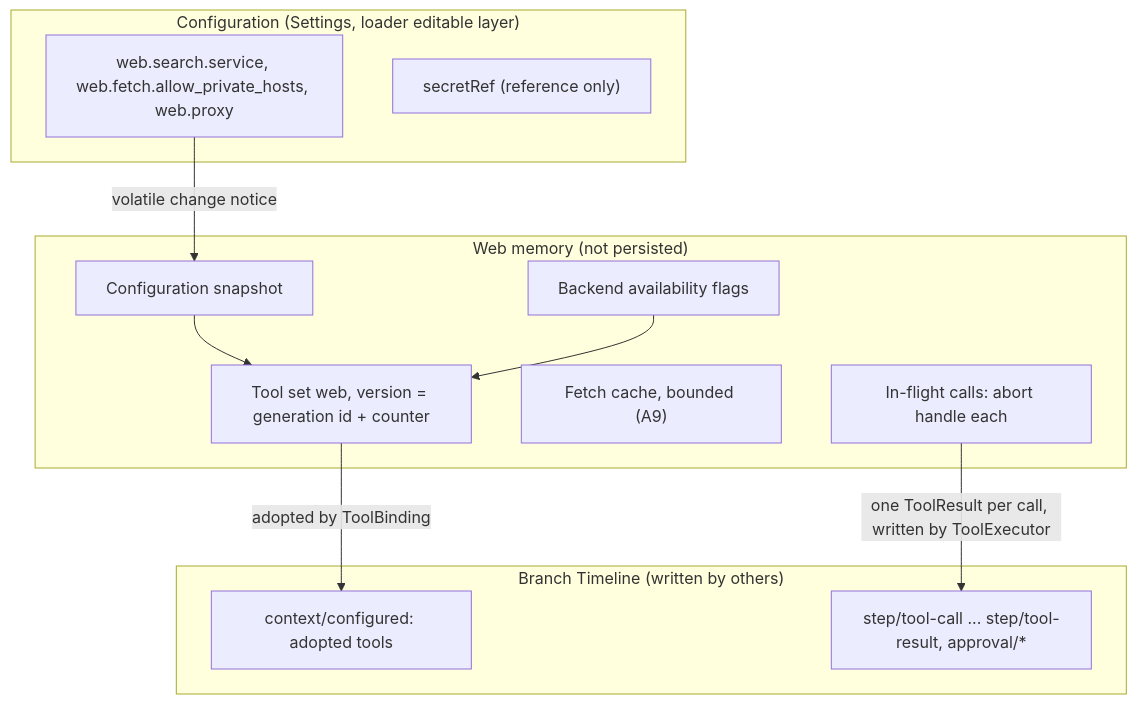
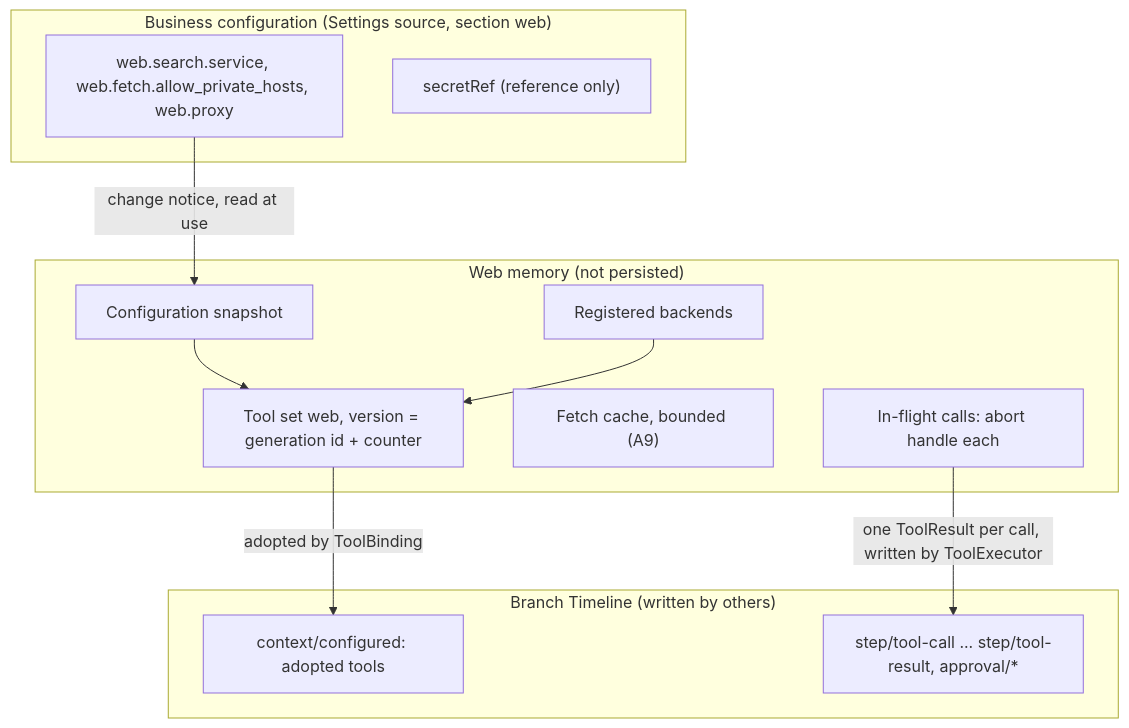
Before and after one commit to CoutinhoTTS/dim-agent: the second of 6 diagrams in docs/design/plugins/Web.md, drawn with Mermaid. The commit also changed other lines of this file and 3 other files, not shown here.

````diff
--- a/docs/design/plugins/Web.md
+++ b/docs/design/plugins/Web.md
@@ -53,23 +47,23 @@
 ```mermaid
 flowchart TB
-  subgraph CFG["Configuration (Settings, loader editable layer)"]
+  subgraph CFG["Business configuration (Settings source, section web)"]
     WebCfg["web.search.service, web.fetch.allow_private_hosts, web.proxy"]
     Secret["secretRef (reference only)"]
   end
   subgraph MEM["Web memory (not persisted)"]
     Snap["Configuration snapshot"]
     Set["Tool set web, version = generation id + counter"]
-    Avail["Backend availability flags"]
+    Avail["Registered backends"]
     Cache["Fetch cache, bounded (A9)"]
     Inflight["In-flight calls: abort handle each"]
   end
   subgraph TL["Branch Timeline (written by others)"]
     Cfgd["context/configured: adopted tools"]
     Calls["step/tool-call ... step/tool-result, approval/*"]
   end
-  WebCfg -->|"volatile change notice"| Snap
+  WebCfg -->|"change notice, read at use"| Snap
   Snap --> Set
   Avail --> Set
   Set -->|"adopted by ToolBinding"| Cfgd
   Inflight -->|"one ToolResult per call, written by ToolExecutor"| Calls
 ```
````
